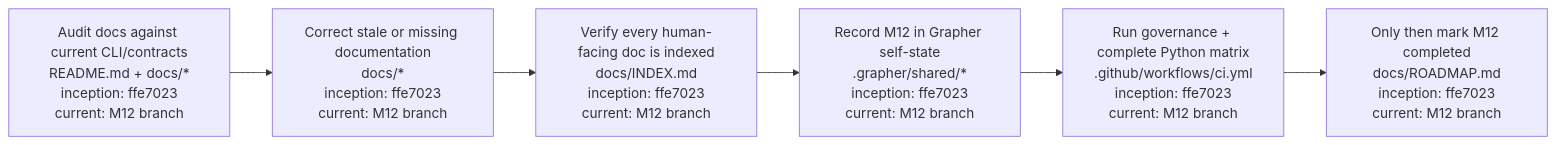
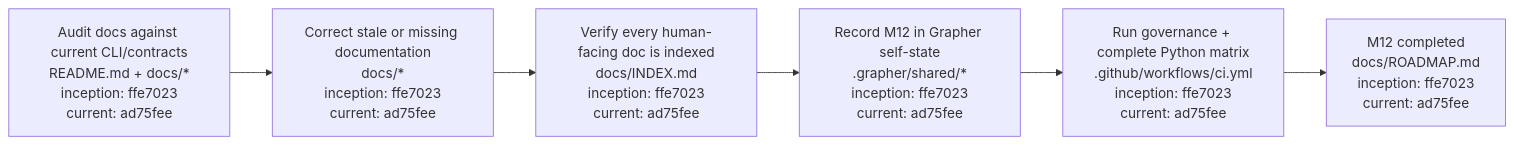
The second of 2 diagrams in docs/M12_COMPLETION.md (seanbman/grapher), drawn with Mermaid before and after one commit. The commit also changed other lines of this file, not shown here.

````diff
--- a/docs/M12_COMPLETION.md
+++ b/docs/M12_COMPLETION.md
@@ -27,11 +29,11 @@
 ```mermaid
 flowchart LR
-    AUDIT["Audit docs against current CLI/contracts\nREADME.md + docs/*\ninception: ffe7023\ncurrent: M12 branch"]
-    FIX["Correct stale or missing documentation\ndocs/*\ninception: ffe7023\ncurrent: M12 branch"]
-    INDEX["Verify every human-facing doc is indexed\ndocs/INDEX.md\ninception: ffe7023\ncurrent: M12 branch"]
-    SELF["Record M12 in Grapher self-state\n.grapher/shared/*\ninception: ffe7023\ncurrent: M12 branch"]
-    TEST["Run governance + complete Python matrix\n.github/workflows/ci.yml\ninception: ffe7023\ncurrent: M12 branch"]
-    COMPLETE["Only then mark M12 completed\ndocs/ROADMAP.md\ninception: ffe7023\ncurrent: M12 branch"]
+    AUDIT["Audit docs against current CLI/contracts\nREADME.md + docs/*\ninception: ffe7023\ncurrent: ad75fee"]
+    FIX["Correct stale or missing documentation\ndocs/*\ninception: ffe7023\ncurrent: ad75fee"]
+    INDEX["Verify every human-facing doc is indexed\ndocs/INDEX.md\ninception: ffe7023\ncurrent: ad75fee"]
+    SELF["Record M12 in Grapher self-state\n.grapher/shared/*\ninception: ffe7023\ncurrent: ad75fee"]
+    TEST["Run governance + complete Python matrix\n.github/workflows/ci.yml\ninception: ffe7023\ncurrent: ad75fee"]
+    COMPLETE["M12 completed\ndocs/ROADMAP.md\ninception: ffe7023\ncurrent: ad75fee"]
 
     AUDIT --> FIX --> INDEX --> SELF --> TEST --> COMPLETE
 ```
````
